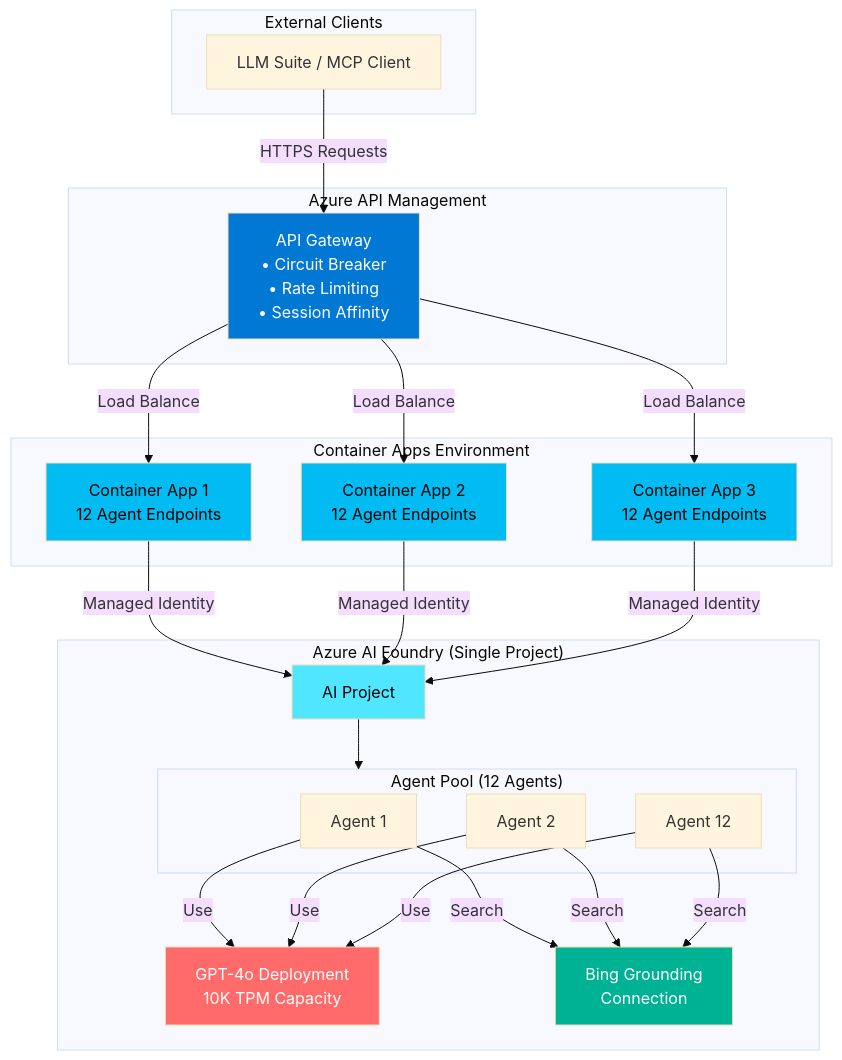
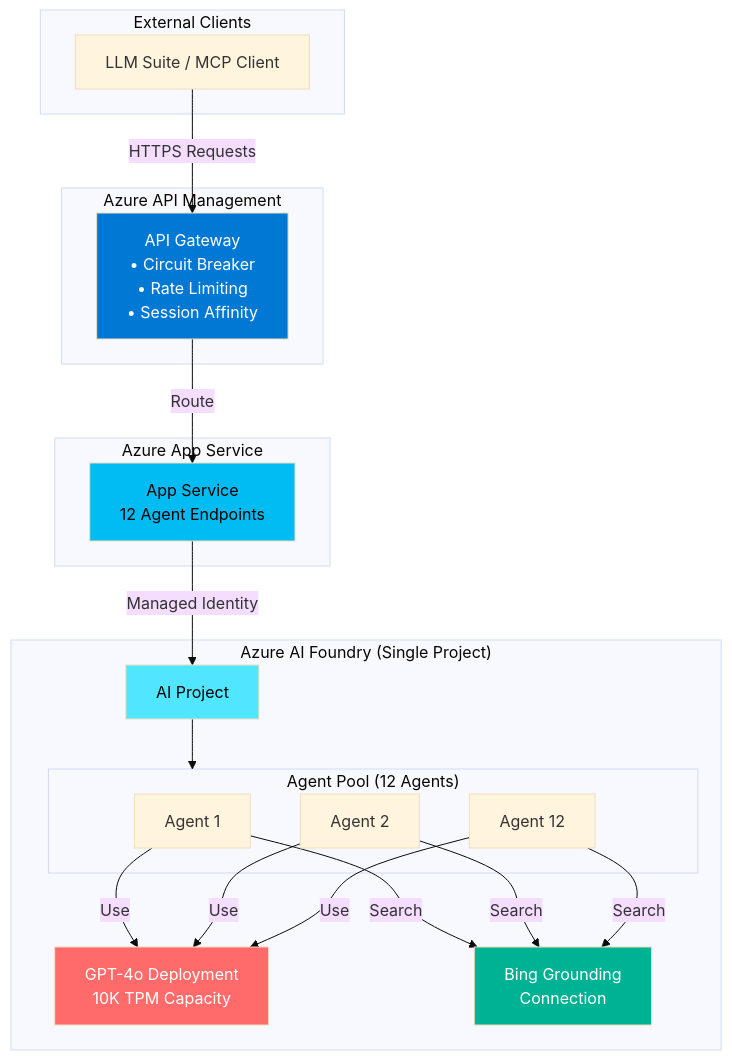
The diagram in README.md (drewelewis/ai-bing-grounding-mcp-appservice), drawn with Mermaid (base theme) before and after one commit. The commit also changed other lines of this file and 20 other files, not shown here.

````diff
--- a/README.md
+++ b/README.md
@@ -71,45 +70,39 @@
 ```mermaid
 graph TB
     subgraph External["External Clients"]
         Client[LLM Suite / MCP Client]
     end
     
     subgraph APIM["Azure API Management"]
         Gateway[API Gateway<br/>• Circuit Breaker<br/>• Rate Limiting<br/>• Session Affinity]
     end
     
-    subgraph ContainerApps["Container Apps Environment"]
-        CA1[Container App 1<br/>12 Agent Endpoints]
-        CA2[Container App 2<br/>12 Agent Endpoints]
-        CA3[Container App 3<br/>12 Agent Endpoints]
+    subgraph AppService["Azure App Service"]
+        WebApp[App Service<br/>12 Agent Endpoints]
     end
     
     subgraph Foundry["Azure AI Foundry (Single Project)"]
         Project[AI Project]
         GPT4O[GPT-4o Deployment<br/>10K TPM Capacity]
         subgraph Agents["Agent Pool (12 Agents)"]
             Agent1[Agent 1]
             Agent2[Agent 2]
             Agent12[Agent 12]
         end
         Bing[Bing Grounding<br/>Connection]
     end
     
     Client -->|HTTPS Requests| Gateway
-    Gateway -->|Load Balance| CA1
-    Gateway -->|Load Balance| CA2
-    Gateway -->|Load Balance| CA3
+    Gateway -->|Route| WebApp
     
-    CA1 & CA2 & CA3 -->|Managed Identity| Project
+    WebApp -->|Managed Identity| Project
     Project --> Agents
     Agent1 & Agent2 & Agent12 -->|Use| GPT4O
     Agent1 & Agent2 & Agent12 -->|Search| Bing
     
     style Gateway fill:#0078d4,color:#fff
-    style CA1 fill:#00bcf2,color:#000
-    style CA2 fill:#00bcf2,color:#000
-    style CA3 fill:#00bcf2,color:#000
+    style WebApp fill:#00bcf2,color:#000
     style Project fill:#50e6ff,color:#000
     style GPT4O fill:#ff6b6b,color:#fff
     style Bing fill:#00b294,color:#fff
 ```
````
